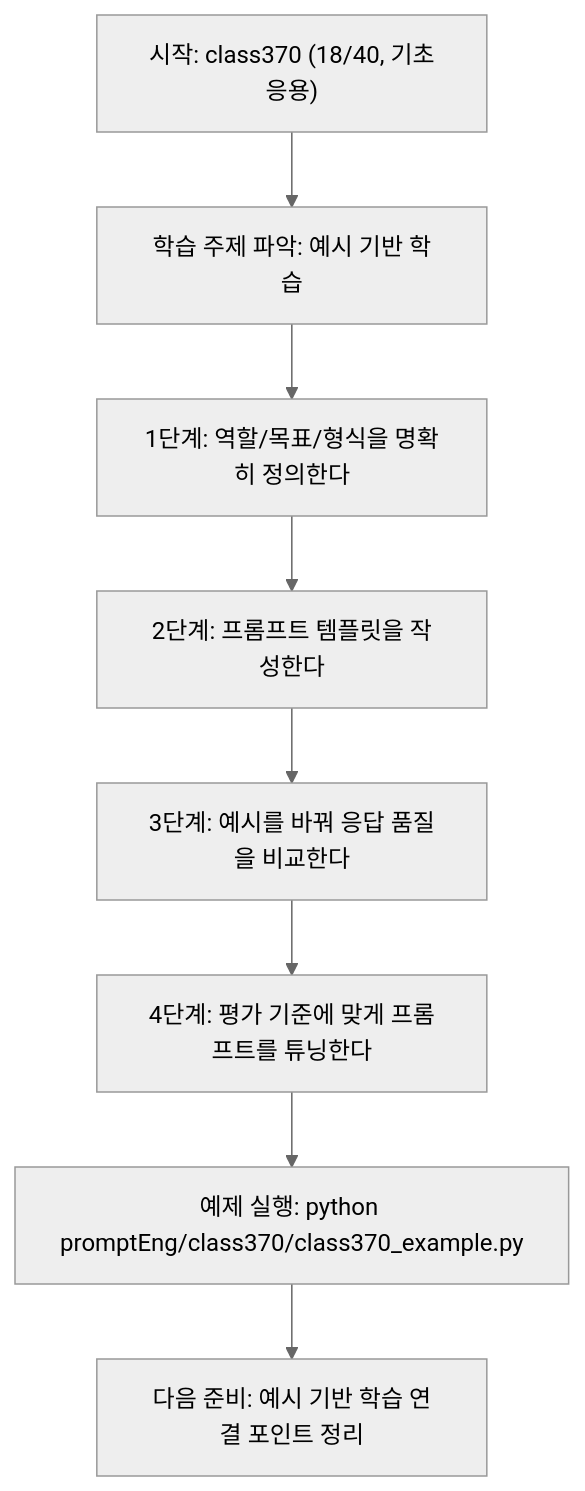
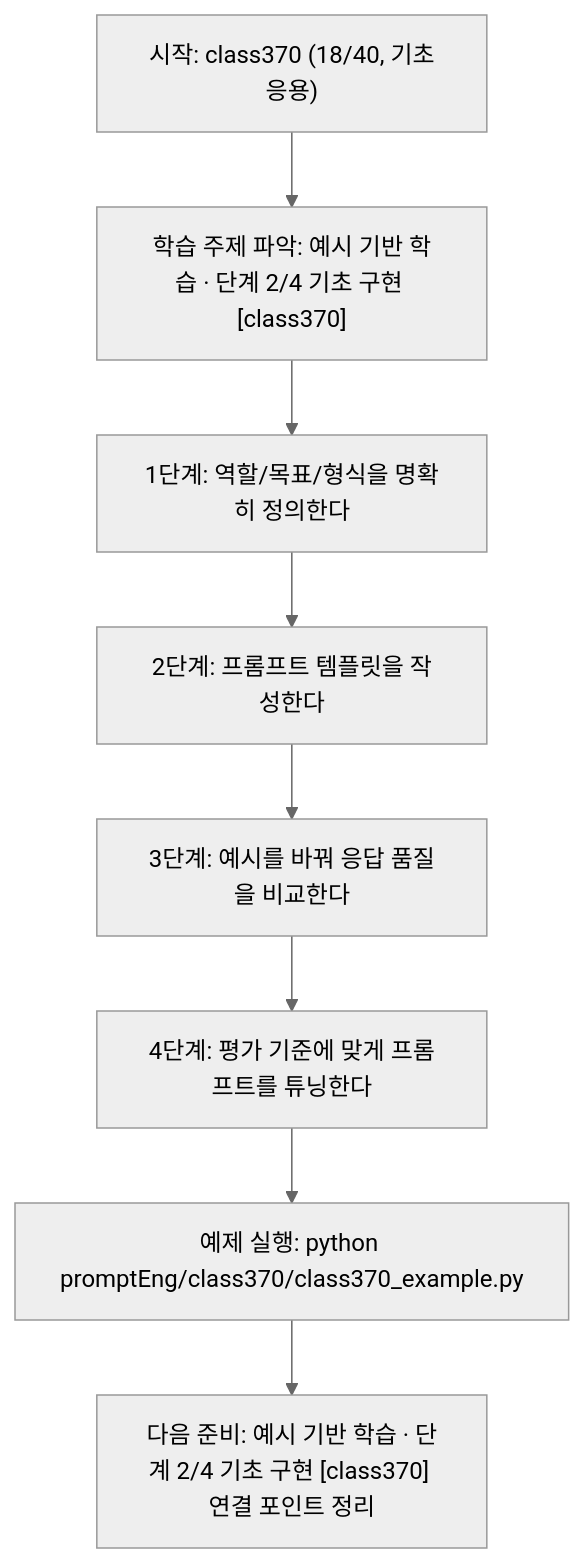
Before and after one commit to edumgt/Python-AI_Agent-Class: the diagram in promptEng/class370/class370.md, drawn with Mermaid (neutral theme). The commit also changed other lines of this file and 522 other files, not shown here.

````diff
--- a/promptEng/class370/class370.md
+++ b/promptEng/class370/class370.md
@@ -109,18 +110,18 @@
 ```mermaid
 flowchart TD
 N1["시작: class370 (18/40, 기초응용)"]
-N2["학습 주제 파악: 예시 기반 학습"]
+N2["학습 주제 파악: 예시 기반 학습 · 단계 2/4 기초 구현 [class370]"]
 N3["1단계: 역할/목표/형식을 명확히 정의한다"]
 N4["2단계: 프롬프트 템플릿을 작성한다"]
 N5["3단계: 예시를 바꿔 응답 품질을 비교한다"]
 N6["4단계: 평가 기준에 맞게 프롬프트를 튜닝한다"]
 N7["예제 실행: python promptEng/class370/class370_example.py"]
-N8["다음 준비: 예시 기반 학습 연결 포인트 정리"]
+N8["다음 준비: 예시 기반 학습 · 단계 2/4 기초 구현 [class370] 연결 포인트 정리"]
 N1 --> N2
 N2 --> N3
 N3 --> N4
 N4 --> N5
 N5 --> N6
 N6 --> N7
 N7 --> N8
 ```
````
